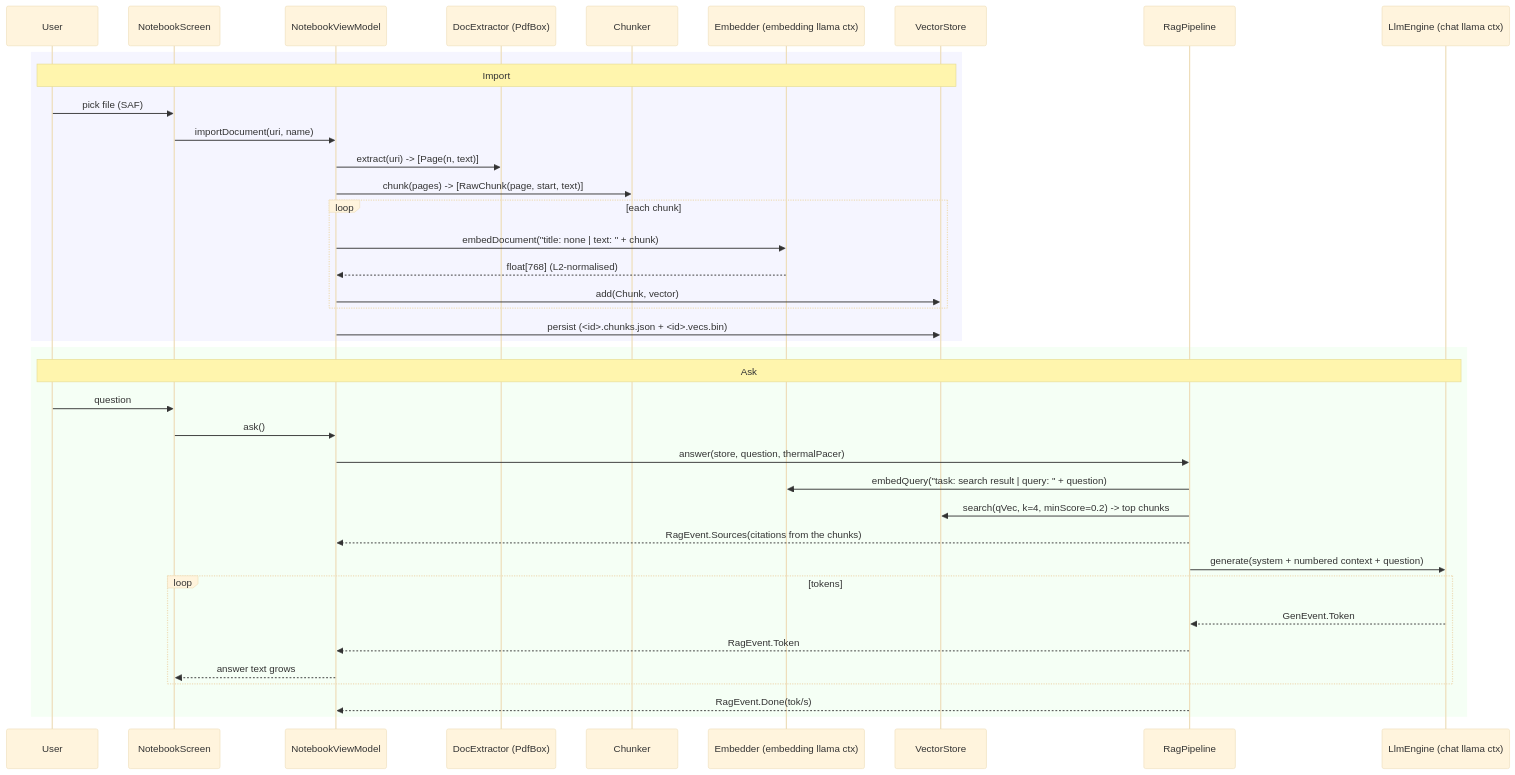
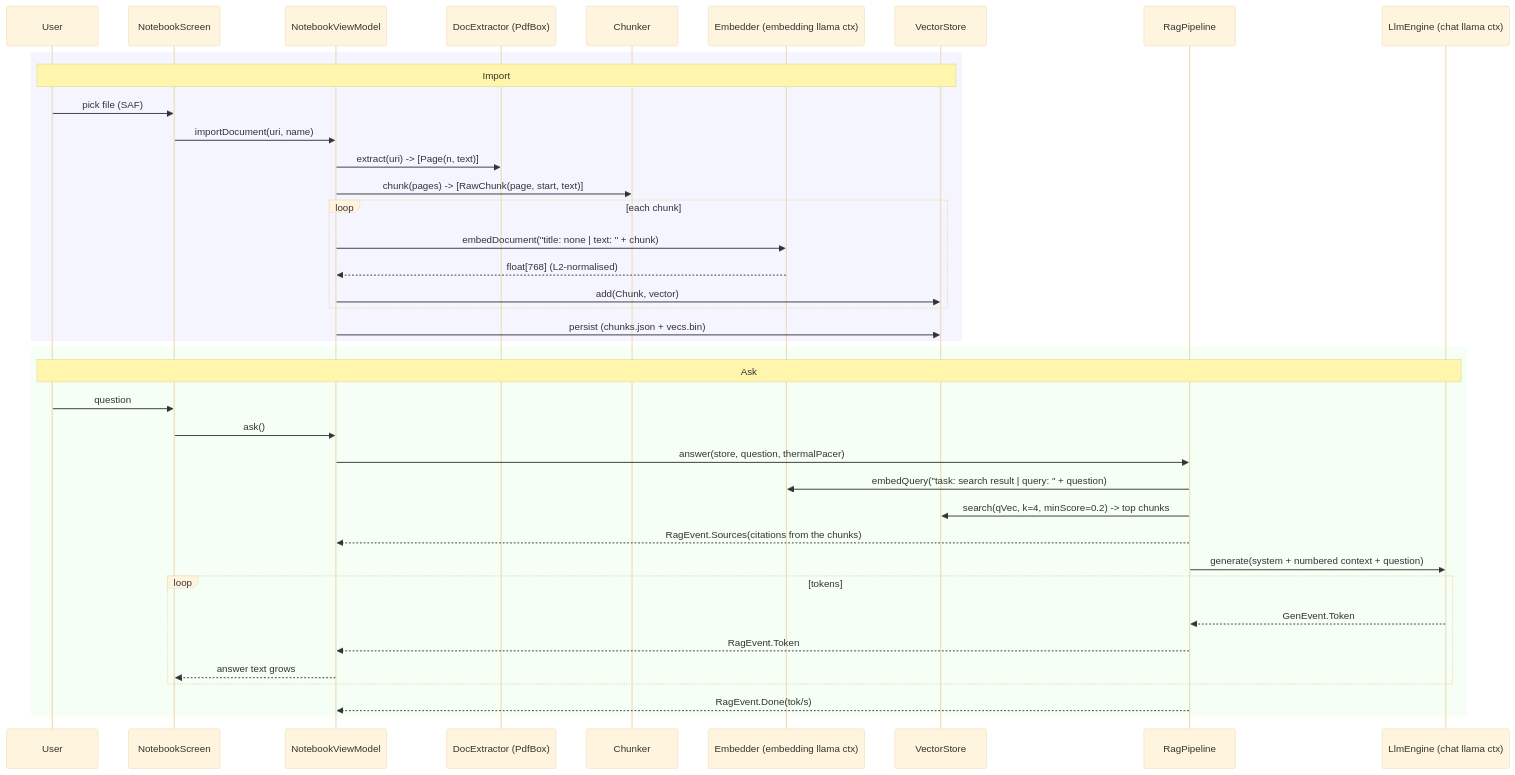
The third of 4 diagrams in docs/ARCHITECTURE.md (kareem1207/vireo-android), drawn with Mermaid (base theme) before and after one commit. The commit also changed other lines of this file and 1 other file, not shown here.

Commit message:
docs: sanitise angle brackets inside mermaid blocks so they render on GitHub

````diff
--- a/docs/ARCHITECTURE.md
+++ b/docs/ARCHITECTURE.md
@@ -135,43 +135,43 @@
 ```mermaid
 sequenceDiagram
     participant U as User
     participant NS as NotebookScreen
     participant NV as NotebookViewModel
     participant DX as DocExtractor (PdfBox)
     participant CK as Chunker
     participant EM as Embedder (embedding llama ctx)
     participant VS as VectorStore
     participant RP as RagPipeline
     participant CH as LlmEngine (chat llama ctx)
 
     rect rgb(245,245,255)
     note over U,VS: Import
     U->>NS: pick file (SAF)
     NS->>NV: importDocument(uri, name)
     NV->>DX: extract(uri) -> [Page(n, text)]
     NV->>CK: chunk(pages) -> [RawChunk(page, start, text)]
     loop each chunk
         NV->>EM: embedDocument("title: none | text: " + chunk)
         EM-->>NV: float[768]  (L2-normalised)
         NV->>VS: add(Chunk, vector)
     end
-    NV->>VS: persist  (<id>.chunks.json + <id>.vecs.bin)
+    NV->>VS: persist  (chunks.json + vecs.bin)
     end
 
     rect rgb(245,255,245)
     note over U,CH: Ask
     U->>NS: question
     NS->>NV: ask()
     NV->>RP: answer(store, question, thermalPacer)
     RP->>EM: embedQuery("task: search result | query: " + question)
     RP->>VS: search(qVec, k=4, minScore=0.2)  -> top chunks
     RP-->>NV: RagEvent.Sources(citations from the chunks)
     RP->>CH: generate(system + numbered context + question)
     loop tokens
         CH-->>RP: GenEvent.Token
         RP-->>NV: RagEvent.Token
         NV-->>NS: answer text grows
     end
     RP-->>NV: RagEvent.Done(tok/s)
     end
 ```
````
